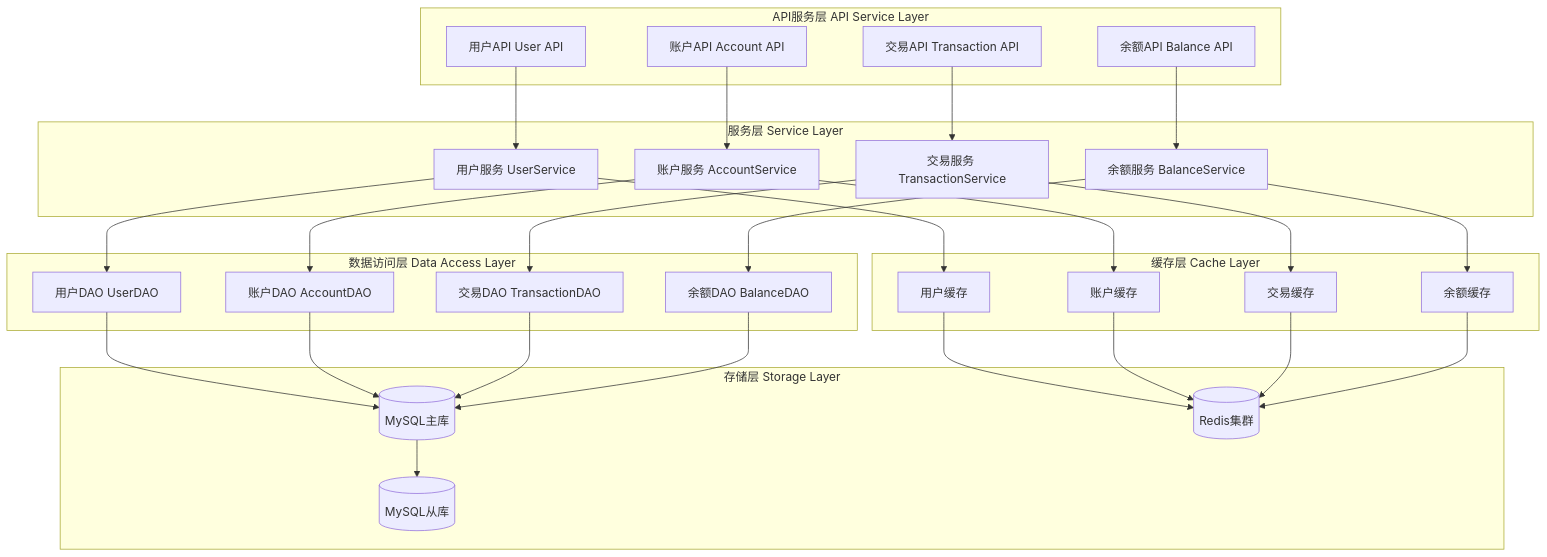
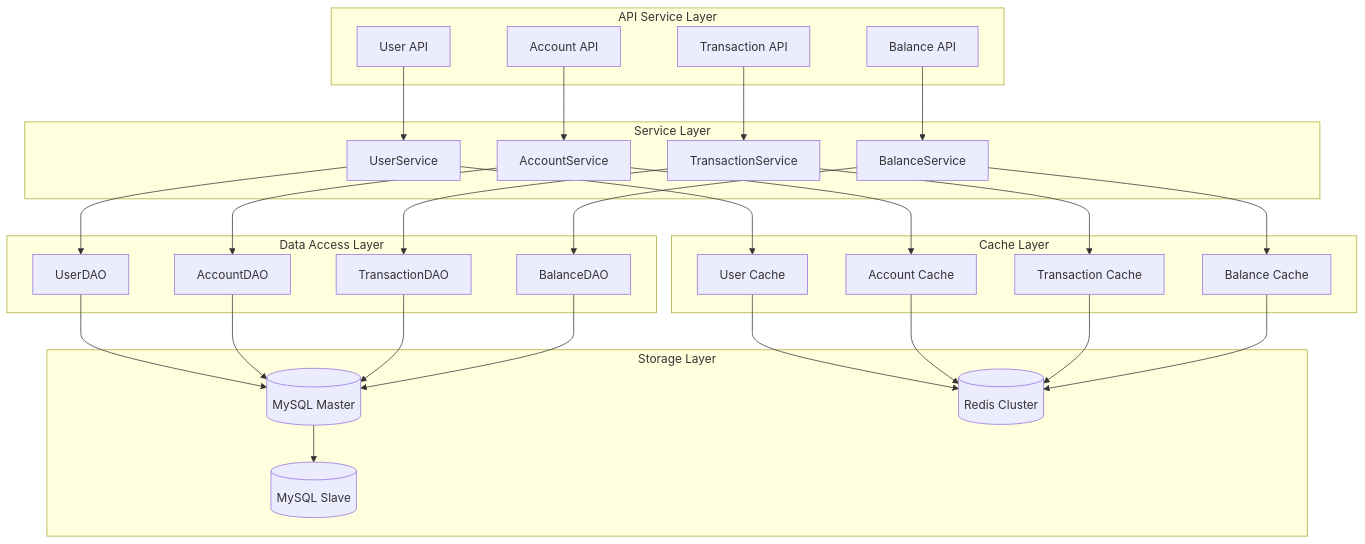
Before and after one commit to s1366560/demo: the diagram in docs/README.md, drawn with Mermaid. The commit also changed other lines of this file and 1 other file, not shown here.

````diff
--- a/docs/README.md
+++ b/docs/README.md
@@ -14,60 +14,60 @@
 ```mermaid
 graph TB
-    subgraph "API服务层 API Service Layer"
-        A1[用户API User API]
-        A2[账户API Account API]
-        A3[交易API Transaction API]
-        A4[余额API Balance API]
+    subgraph "API Service Layer"
+        A1[User API]
+        A2[Account API]
+        A3[Transaction API]
+        A4[Balance API]
     end
 
-    subgraph "服务层 Service Layer"
-        B1[用户服务 UserService]
-        B2[账户服务 AccountService]
-        B3[交易服务 TransactionService]
-        B4[余额服务 BalanceService]
+    subgraph "Service Layer"
+        B1[UserService]
+        B2[AccountService]
+        B3[TransactionService]
+        B4[BalanceService]
     end
 
-    subgraph "数据访问层 Data Access Layer"
-        C1[用户DAO UserDAO]
-        C2[账户DAO AccountDAO]
-        C3[交易DAO TransactionDAO]
-        C4[余额DAO BalanceDAO]
+    subgraph "Data Access Layer"
+        C1[UserDAO]
+        C2[AccountDAO]
+        C3[TransactionDAO]
+        C4[BalanceDAO]
     end
 
-    subgraph "缓存层 Cache Layer"
-        D1[用户缓存]
-        D2[账户缓存]
-        D3[交易缓存]
-        D4[余额缓存]
+    subgraph "Cache Layer"
+        D1[User Cache]
+        D2[Account Cache]
+        D3[Transaction Cache]
+        D4[Balance Cache]
     end
 
-    subgraph "存储层 Storage Layer"
-        E1[(MySQL主库)]
-        E2[(MySQL从库)]
-        E3[(Redis集群)]
+    subgraph "Storage Layer"
+        E1[(MySQL Master)]
+        E2[(MySQL Slave)]
+        E3[(Redis Cluster)]
     end
 
-    %% API到Service的调用关系
+    %% API to Service calls
     A1 --> B1
     A2 --> B2
     A3 --> B3
     A4 --> B4
 
-    %% Service到DAO的调用关系
+    %% Service to DAO calls
     B1 --> C1
     B2 --> C2
     B3 --> C3
     B4 --> C4
 
-    %% DAO到存储层的访问关系
+    %% DAO to Storage Layer access
     C1 & C2 & C3 & C4 --> E1
     E1 --> E2
 
-    %% 缓存访问关系
+    %% Cache access relationships
     B1 --> D1
     B2 --> D2
     B3 --> D3
     B4 --> D4
     D1 & D2 & D3 & D4 --> E3
 
 ```
````
